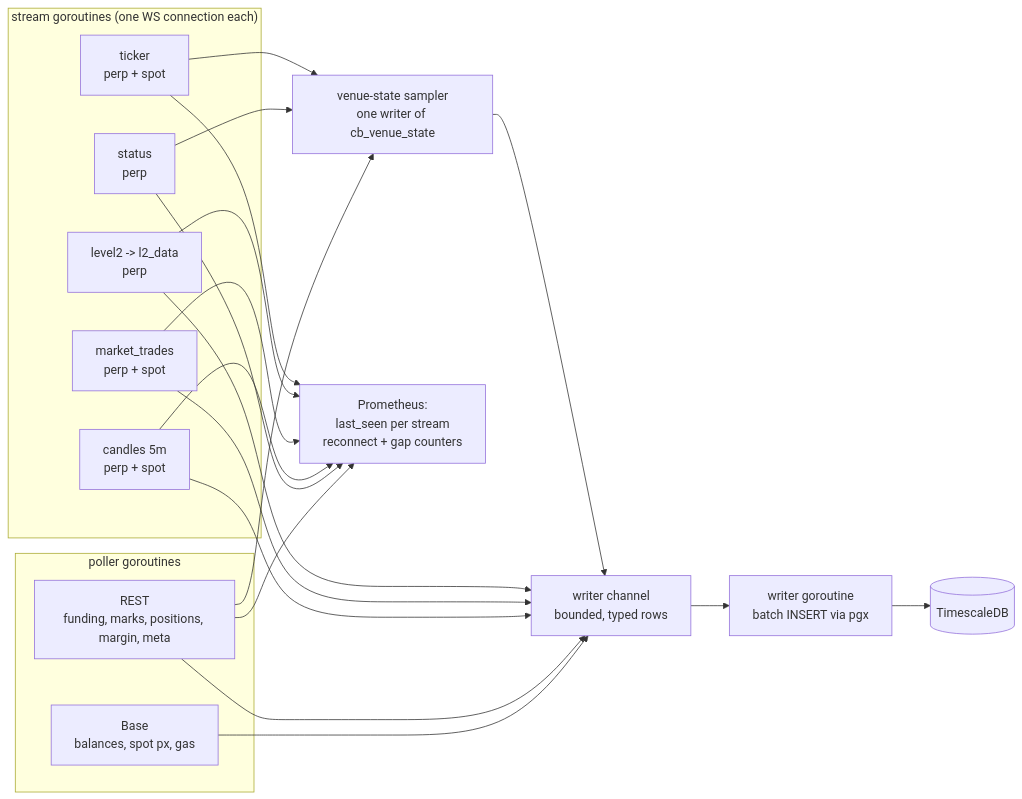
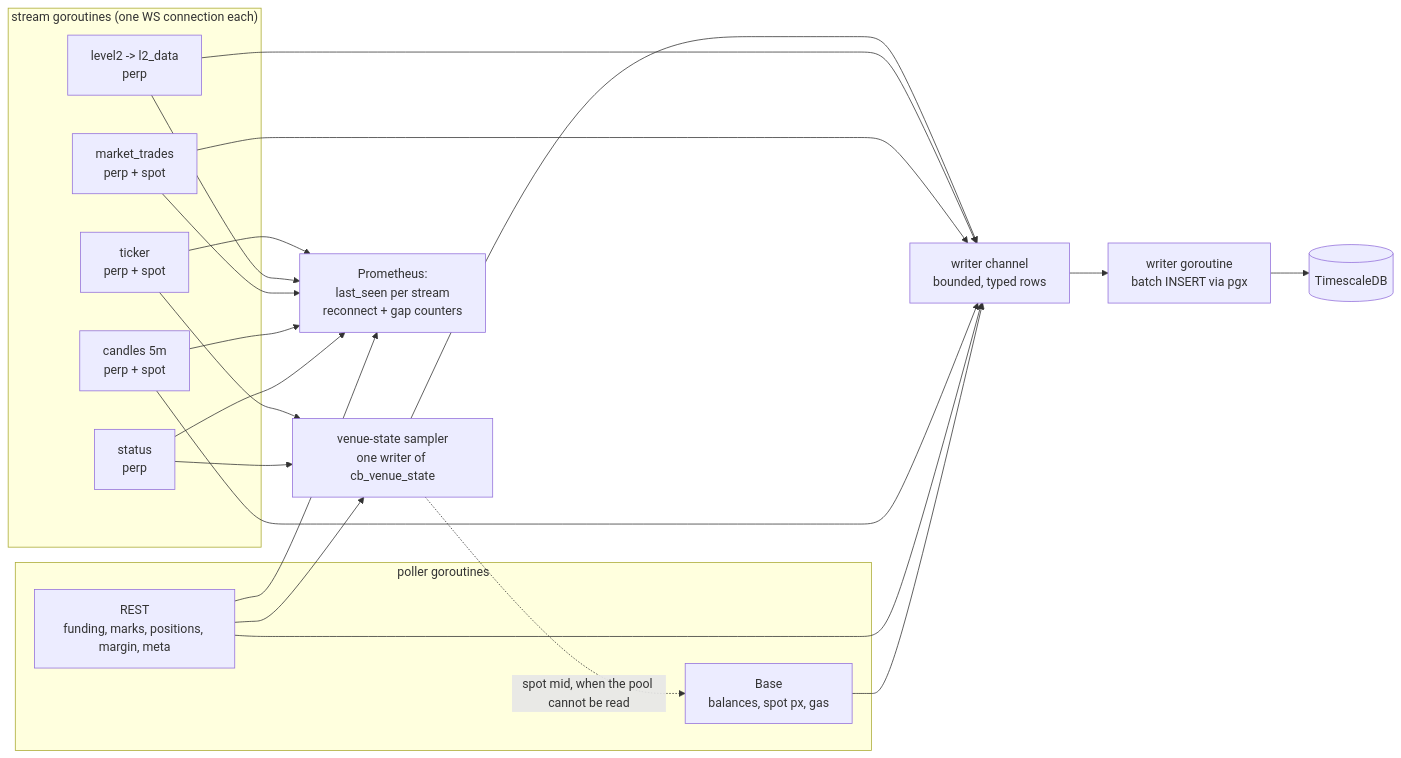
One commit to Jason-Dorman/funding-carry changed the third of 10 diagrams in docs/architecture.md. Above: the diagram before and after it, drawn with Mermaid. The commit also changed other lines of this file and 33 other files, not shown here.

````diff
--- a/docs/architecture.md
+++ b/docs/architecture.md
@@ -108,31 +108,32 @@
 ```mermaid
 graph LR
     subgraph "stream goroutines (one WS connection each)"
         G1["ticker<br/>perp + spot"]
         G2["level2 -> l2_data<br/>perp"]
         G3["market_trades<br/>perp + spot"]
         G4["candles 5m<br/>perp + spot"]
         G5["status<br/>perp"]
     end
     subgraph "poller goroutines"
         G6["REST<br/>funding, marks, positions, margin, meta"]
         G7["Base<br/>balances, spot px, gas"]
     end
     G1 --> VS["venue-state sampler<br/>one writer of cb_venue_state"]
     G5 --> VS
     G6 --> VS
     VS --> CH["writer channel<br/>bounded, typed rows"]
     G2 --> CH
     G3 --> CH
     G4 --> CH
     G6 --> CH
     G7 --> CH
+    VS -. "spot mid, when the pool cannot be read" .-> G7
     CH --> W[writer goroutine<br/>batch INSERT via pgx]
     W --> DB[(TimescaleDB)]
     G1 --> M[Prometheus:<br/>last_seen per stream<br/>reconnect + gap counters]
     G2 --> M
     G3 --> M
     G4 --> M
     G5 --> M
     G6 --> M
 ```
````
